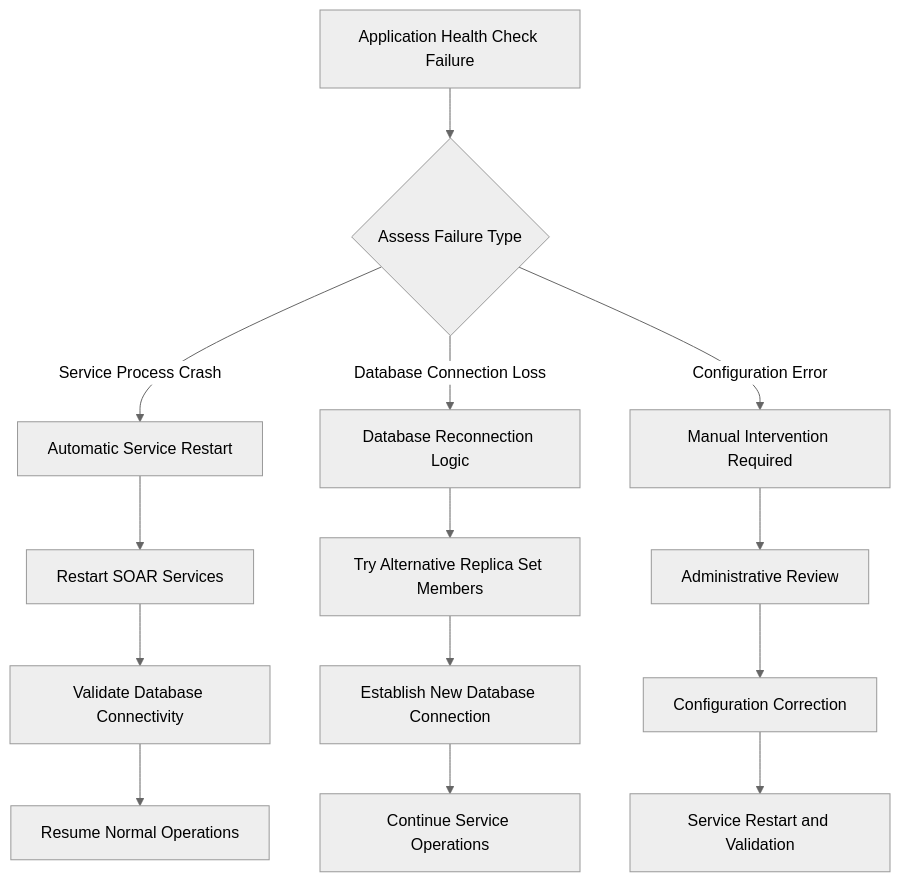
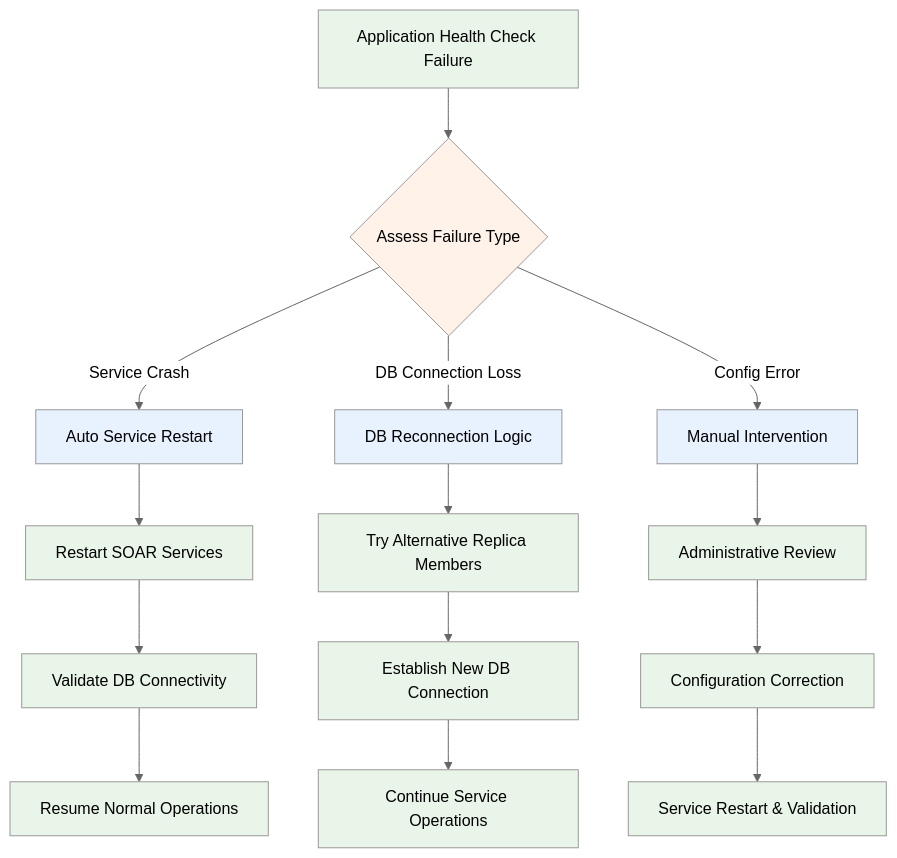
Before and after one commit to Vishwa0220/customers-docs: the fifth of 8 diagrams in HA_DR_Architecture_Documentation.md, drawn with Mermaid (neutral theme). The commit also changed other lines of this file, not shown here.

````diff
--- a/HA_DR_Architecture_Documentation.md
+++ b/HA_DR_Architecture_Documentation.md
@@ -352,19 +359,28 @@
 ```mermaid
 graph TD
     A[Application Health Check Failure] --> B{Assess Failure Type}
-    B -->|Service Process Crash| C[Automatic Service Restart]
-    B -->|Database Connection Loss| D[Database Reconnection Logic]
-    B -->|Configuration Error| E[Manual Intervention Required]
+    B -->|Service Crash| C[Auto Service Restart]
+    B -->|DB Connection Loss| D[DB Reconnection Logic]
+    B -->|Config Error| E[Manual Intervention]
     
     C --> F[Restart SOAR Services]
-    F --> G[Validate Database Connectivity]
+    F --> G[Validate DB Connectivity]
     G --> H[Resume Normal Operations]
     
-    D --> I[Try Alternative Replica Set Members]
-    I --> J[Establish New Database Connection]
+    D --> I[Try Alternative Replica Members]
+    I --> J[Establish New DB Connection]
     J --> K[Continue Service Operations]
     
     E --> L[Administrative Review]
     L --> M[Configuration Correction]
-    M --> N[Service Restart and Validation]
+    M --> N[Service Restart & Validation]
+    
+    %% Styling
+    classDef processNode fill:#e8f5e8
+    classDef decisionNode fill:#fff2e8
+    classDef actionNode fill:#e8f2ff
+    
+    class A,F,G,H,I,J,K,L,M,N processNode
+    class B decisionNode
+    class C,D,E actionNode
 ```
````
